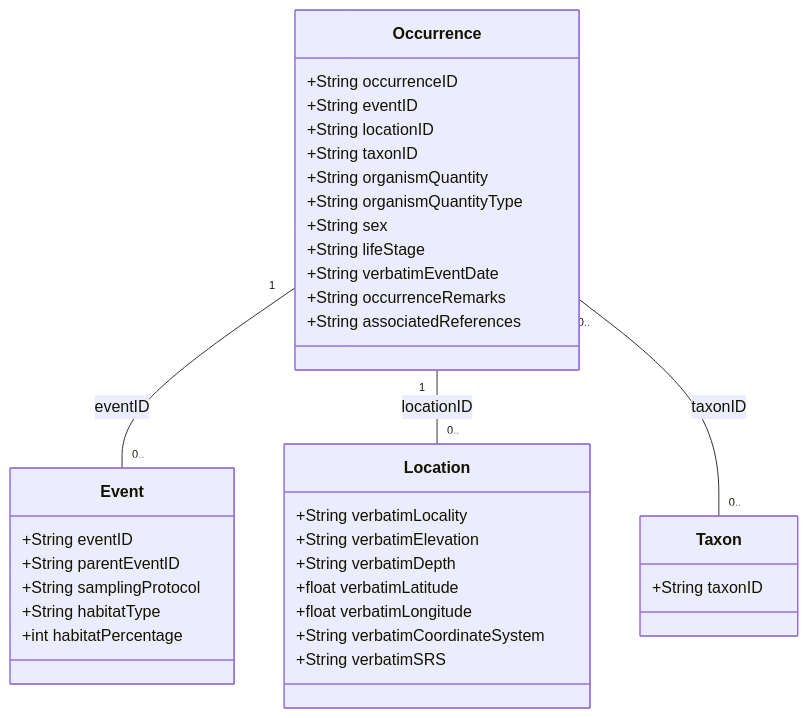
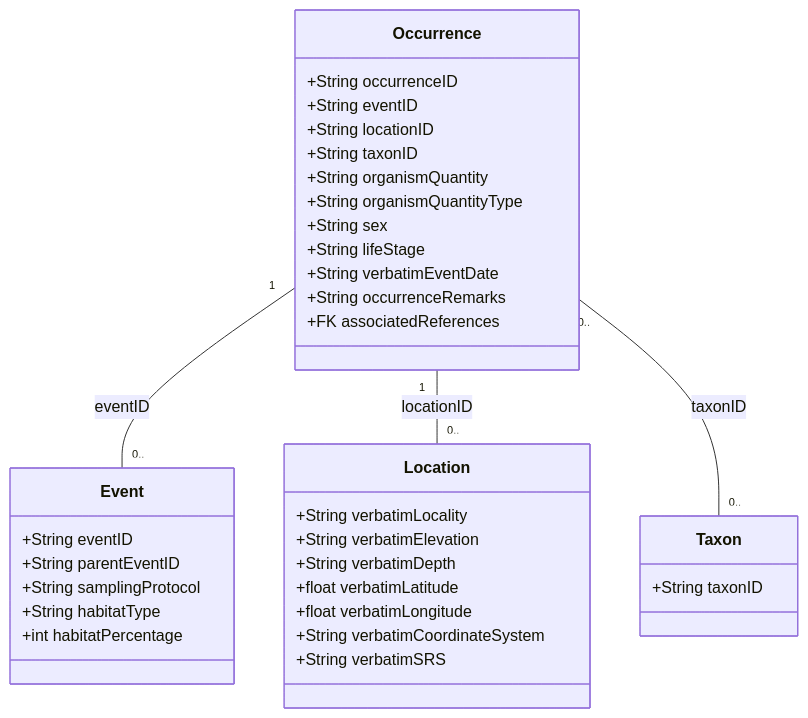
The diagram in documentation/models/models.md (karilint/mammalbase), drawn with Mermaid before and after one commit.

Commit message:
Update models-file

````diff
--- a/documentation/models/models.md
+++ b/documentation/models/models.md
@@ -1,39 +1,39 @@
 ```mermaid
 classDiagram
     class Occurrence {
 		+String occurrenceID
 		+String eventID
 		+String locationID
 		+String taxonID
 		+String organismQuantity
 		+String organismQuantityType
 		+String sex
 		+String lifeStage
 		+String verbatimEventDate
 		+String occurrenceRemarks
-		+String associatedReferences
+		+FK associatedReferences
     }
     class Event {
 		+String eventID
 		+String parentEventID
 		+String samplingProtocol
 		+String habitatType
 		+int habitatPercentage
     }
     class Location {
       	+String verbatimLocality
 		+String verbatimElevation
 		+String verbatimDepth
 		+float verbatimLatitude
 		+float verbatimLongitude
 		+String verbatimCoordinateSystem
 		+String verbatimSRS
     }
     class Taxon {
       	+String taxonID
     }
 
     Occurrence "1" -- "0.." Event : eventID
     Occurrence "1" -- "0.." Location : locationID
     Occurrence "0.." -- "0.." Taxon : taxonID
 ```
````
